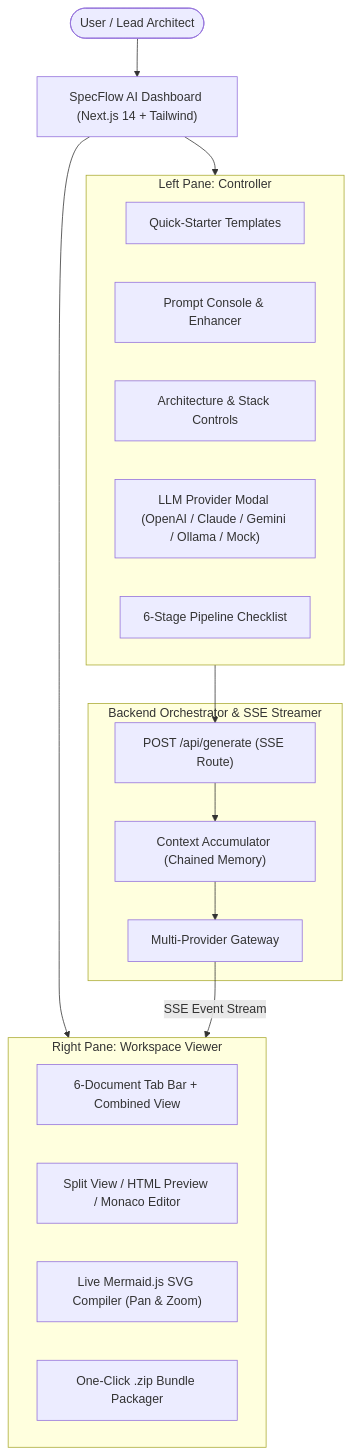
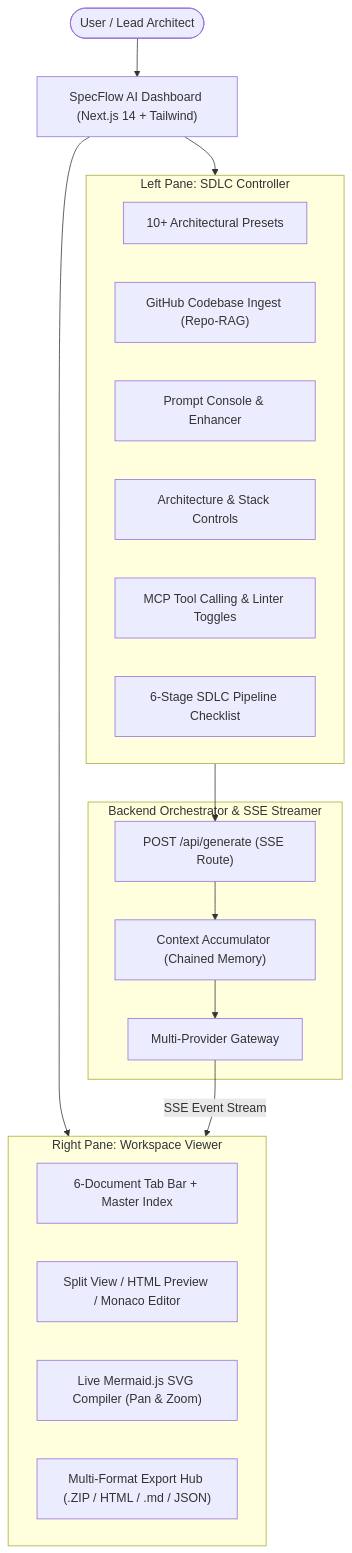
The diagram in README.md (tarun1790/spec6), drawn with Mermaid before and after one commit. The commit also changed other lines of this file and 5 other files, not shown here.

Commit message:
feat: add 10+ SDLC archetypes, multi-format export hub, and live shareable link generator

````diff
--- a/README.md
+++ b/README.md
@@ -34,32 +54,33 @@
 ```mermaid
 flowchart TD
     User([User / Lead Architect]) --> UI["SpecFlow AI Dashboard (Next.js 14 + Tailwind)"]
 
-    subgraph LeftController ["Left Pane: Controller"]
-        Templates["Quick-Starter Templates"]
+    subgraph LeftController ["Left Pane: SDLC Controller"]
+        Presets["10+ Architectural Presets"]
+        RepoIngest["GitHub Codebase Ingest (Repo-RAG)"]
         PromptConsole["Prompt Console & Enhancer"]
         StackConfig["Architecture & Stack Controls"]
-        ModelSelector["LLM Provider Modal (OpenAI / Claude / Gemini / Ollama / Mock)"]
-        ProgressChecklist["6-Stage Pipeline Checklist"]
+        MCPTools["MCP Tool Calling & Linter Toggles"]
+        PipelineChecklist["6-Stage SDLC Pipeline Checklist"]
     end
 
     subgraph BackendOrchestrator ["Backend Orchestrator & SSE Streamer"]
         SSEHandler["POST /api/generate (SSE Route)"]
         ContextChainer["Context Accumulator (Chained Memory)"]
         LLMDispatch["Multi-Provider Gateway"]
     end
 
     subgraph RightWorkspace ["Right Pane: Workspace Viewer"]
-        Tabs["6-Document Tab Bar + Combined View"]
+        Tabs["6-Document Tab Bar + Master Index"]
         PreviewToggle["Split View / HTML Preview / Monaco Editor"]
         MermaidCompiler["Live Mermaid.js SVG Compiler (Pan & Zoom)"]
-        ZipExport["One-Click .zip Bundle Packager"]
+        ExportHub["Multi-Format Export Hub (.ZIP / HTML / .md / JSON)"]
     end
 
     UI --> LeftController
     UI --> RightWorkspace
     LeftController --> SSEHandler
     SSEHandler --> ContextChainer
     ContextChainer --> LLMDispatch
     LLMDispatch -->|SSE Event Stream| RightWorkspace
 ```
````
